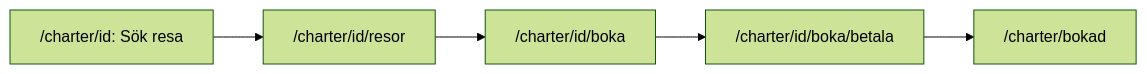
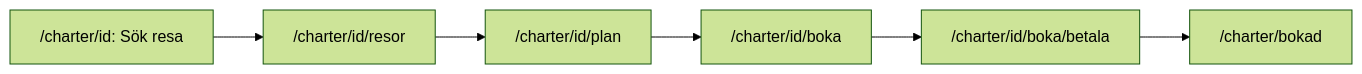
One commit to gustavnymoen/gurrasflyg changed the diagram in wiki/system/charter-booking.md. Above: the diagram before and after it, drawn with Mermaid (forest theme). The commit also changed other lines of this file and 59 other files, not shown here.

Commit message:
TRIP-039: Välj plan och klass i charter

````diff
--- a/wiki/system/charter-booking.md
+++ b/wiki/system/charter-booking.md
@@ -17,7 +17,8 @@
 ```mermaid
 flowchart LR
     Dest["/charter/id: Sök resa"] --> Res["/charter/id/resor"]
-    Res --> Trav["/charter/id/boka"]
+    Res --> Plan["/charter/id/plan"]
+    Plan --> Trav["/charter/id/boka"]
     Trav --> Pay["/charter/id/boka/betala"]
     Pay --> Done["/charter/bokad"]
 ```
````
